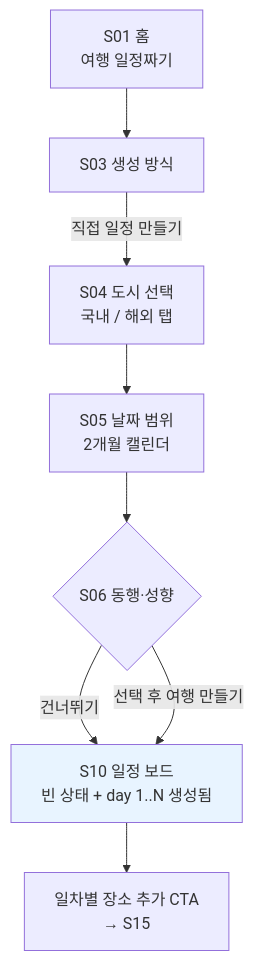
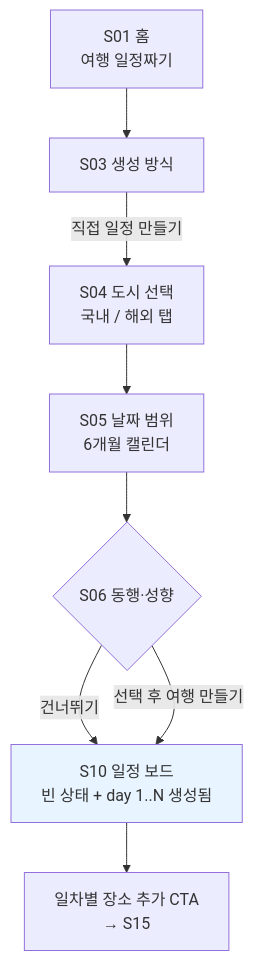
One commit to Bongseop-Kim/Itinova changed the second of 5 diagrams in docs/design.md. Above: the diagram before and after it, drawn with Mermaid. The commit also changed other lines of this file and 18 other files, not shown here.

````diff
--- a/docs/design.md
+++ b/docs/design.md
@@ -317,12 +318,12 @@
 ```mermaid
 flowchart TD
   A["S01 홈<br/>여행 일정짜기"] --> B["S03 생성 방식"]
   B -->|직접 일정 만들기| C["S04 도시 선택<br/>국내 / 해외 탭"]
-  C --> D["S05 날짜 범위<br/>2개월 캘린더"]
+  C --> D["S05 날짜 범위<br/>6개월 캘린더"]
   D --> E{"S06 동행·성향"}
   E -->|건너뛰기| F
   E -->|선택 후 여행 만들기| F["S10 일정 보드<br/>빈 상태 + day 1..N 생성됨"]
   F --> G["일차별 장소 추가 CTA<br/>→ S15"]
 
   style F fill:#e8f4ff
 ```
````
